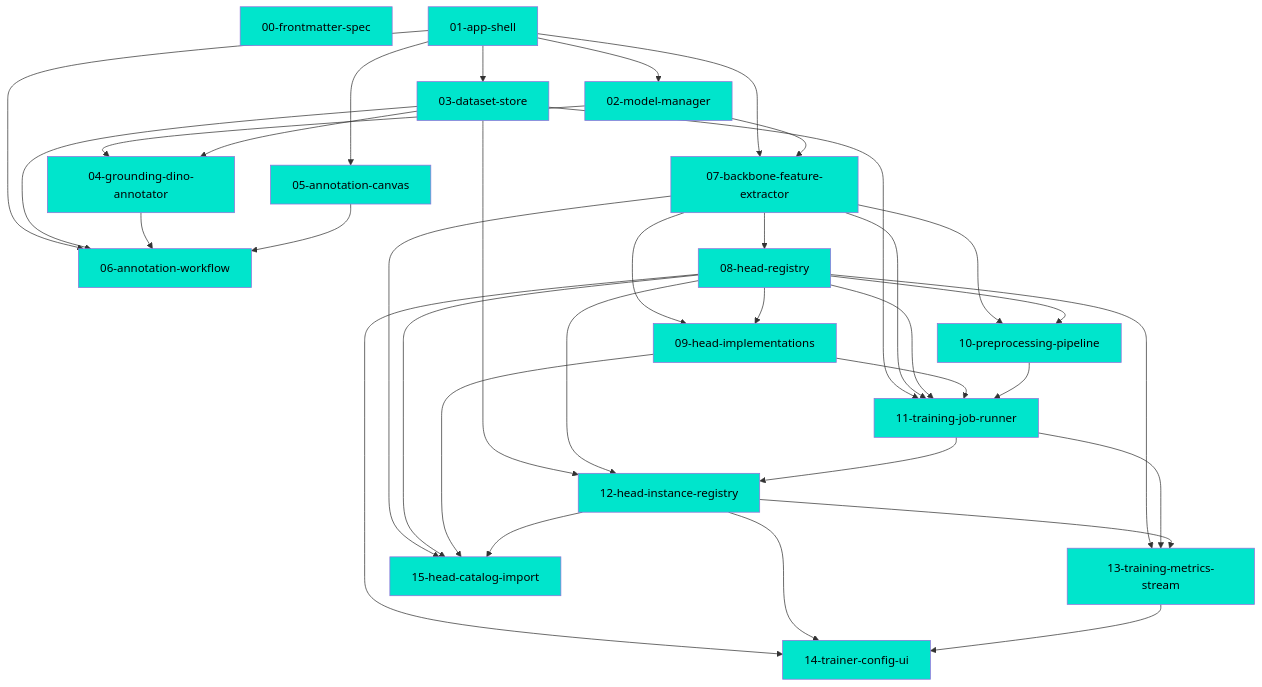
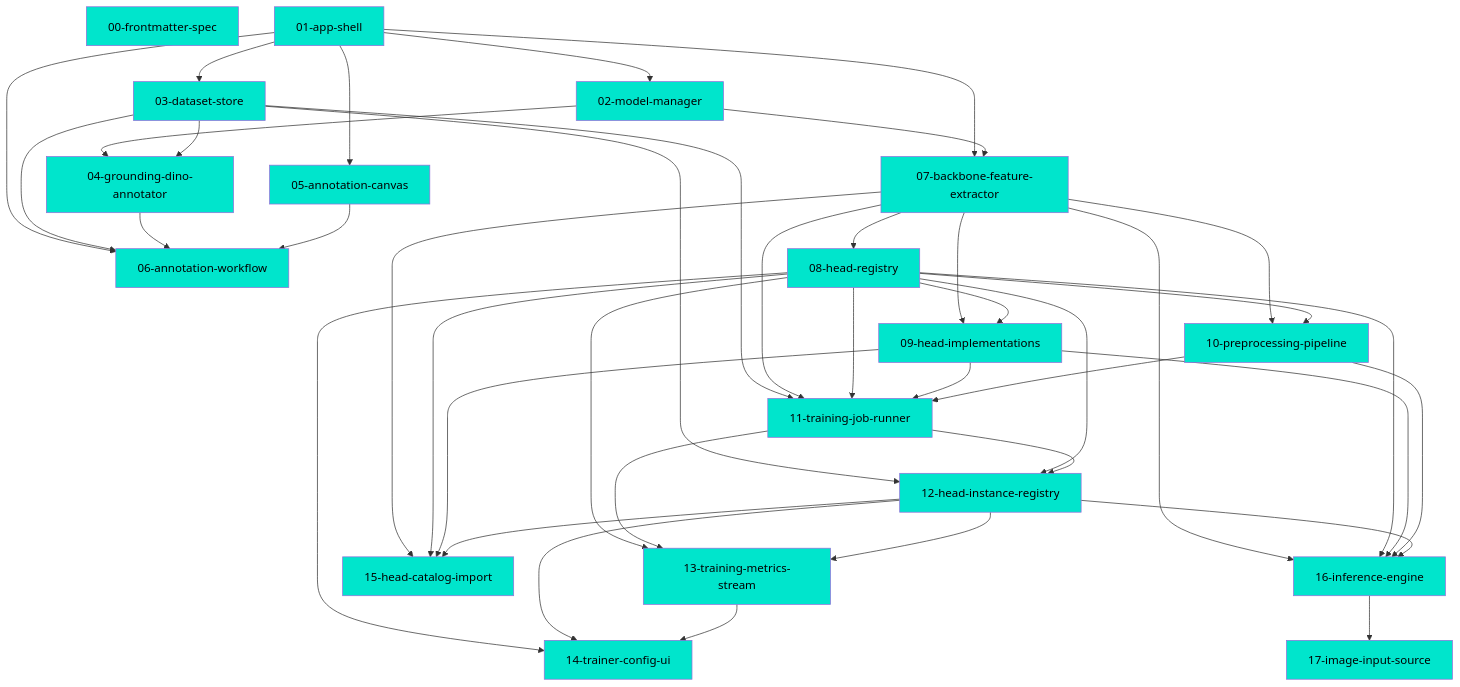
Before and after one commit to JanderHungrige/DinoTraining: the diagram in .mdd/connections.md, drawn with Mermaid. The commit also changed other lines of this file and 16 other files, not shown here.

First line of the commit message:
feat(image-input-source): one image or a folder, behind one contract

````diff
--- a/.mdd/connections.md
+++ b/.mdd/connections.md
@@ -44,57 +48,65 @@
 ```mermaid
 graph TD
     D00["00-frontmatter-spec"]:::complete
     D01["01-app-shell"]:::complete
     D02["02-model-manager"]:::complete
     D03["03-dataset-store"]:::complete
     D04["04-grounding-dino-annotator"]:::complete
     D05["05-annotation-canvas"]:::complete
     D06["06-annotation-workflow"]:::complete
     D07["07-backbone-feature-extractor"]:::complete
     D08["08-head-registry"]:::complete
     D09["09-head-implementations"]:::complete
     D10["10-preprocessing-pipeline"]:::complete
     D11["11-training-job-runner"]:::complete
     D12["12-head-instance-registry"]:::complete
     D13["13-training-metrics-stream"]:::complete
     D14["14-trainer-config-ui"]:::complete
     D15["15-head-catalog-import"]:::complete
+    D16["16-inference-engine"]:::complete
+    D17["17-image-input-source"]:::complete
     D01 --> D02
     D01 --> D03
     D02 --> D04
     D03 --> D04
     D01 --> D05
     D01 --> D06
     D03 --> D06
     D04 --> D06
     D05 --> D06
     D01 --> D07
     D02 --> D07
     D07 --> D08
     D07 --> D09
     D08 --> D09
     D07 --> D10
     D08 --> D10
     D03 --> D11
     D07 --> D11
     D08 --> D11
     D09 --> D11
     D10 --> D11
     D03 --> D12
     D08 --> D12
     D11 --> D12
     D08 --> D13
     D11 --> D13
     D12 --> D13
     D08 --> D14
     D12 --> D14
     D13 --> D14
     D07 --> D15
     D08 --> D15
     D09 --> D15
     D12 --> D15
+    D07 --> D16
+    D08 --> D16
+    D09 --> D16
+    D10 --> D16
+    D12 --> D16
+    D16 --> D17
     classDef complete fill:#00e5cc,color:#000
     classDef in_progress fill:#ffaa00,color:#000
     classDef draft fill:#888,color:#fff
     classDef deprecated fill:#555,color:#aaa
 ```
````
